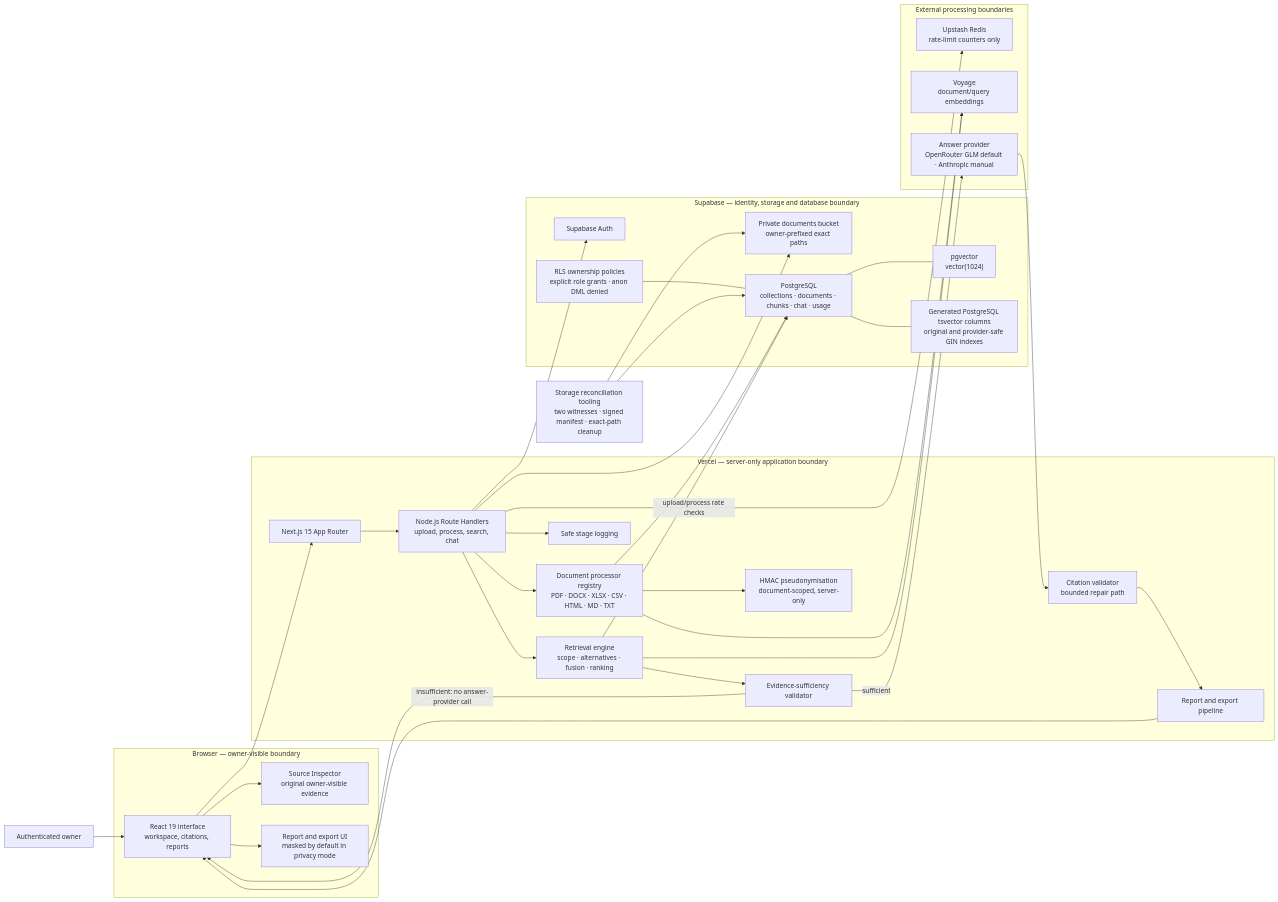
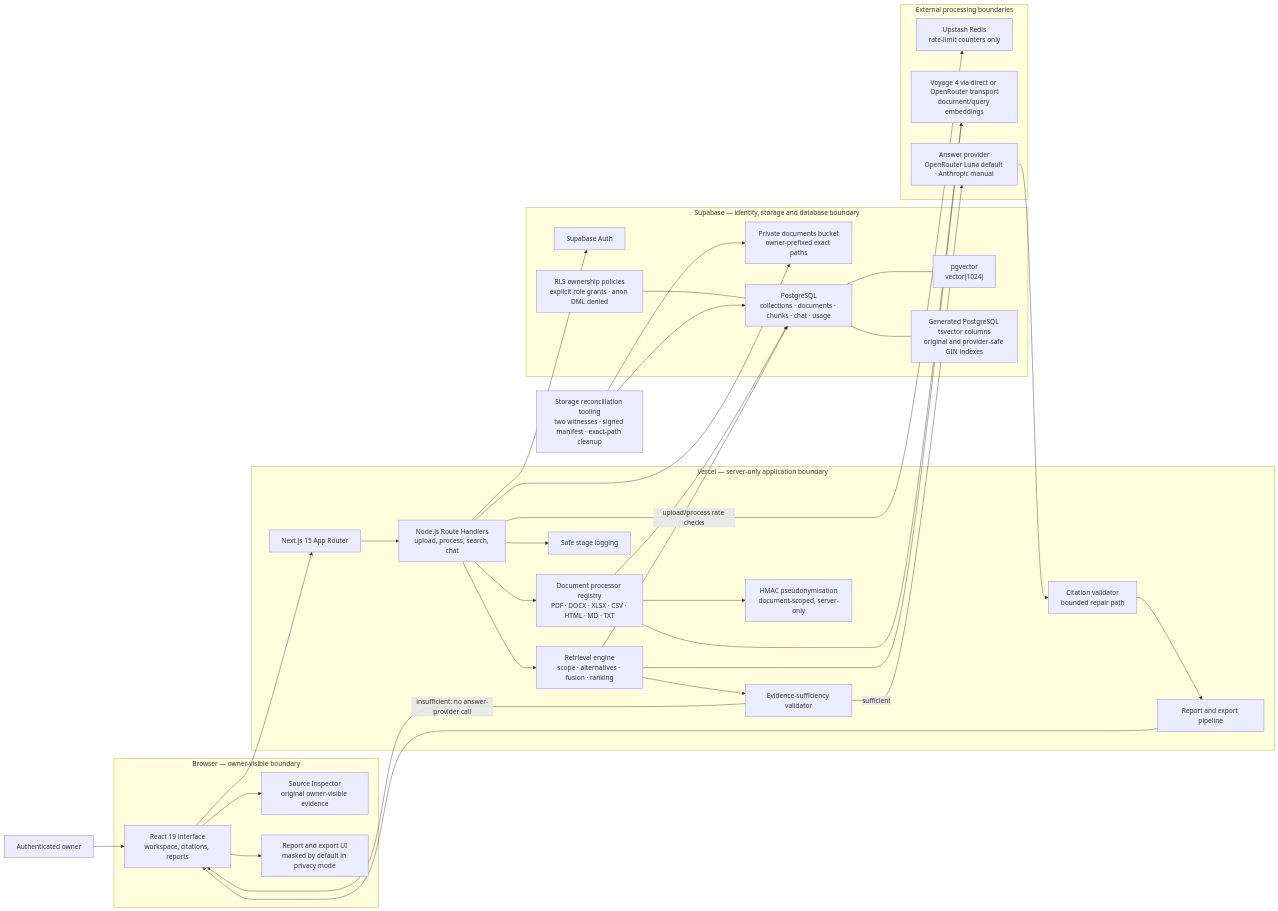
The first of 4 diagrams in docs/architecture.md (Deepak92939339/Pliny), drawn with Mermaid before and after one commit. The commit also changed other lines of this file and 13 other files, not shown here.

Commit message:
feat(runtime): support Luna answers and OpenRouter Voyage embeddings

````diff
--- a/docs/architecture.md
+++ b/docs/architecture.md
@@ -9,63 +9,63 @@
 ```mermaid
 flowchart LR
   Owner["Authenticated owner"]
 
   subgraph Client["Browser — owner-visible boundary"]
     UI["React 19 interface<br/>workspace, citations, reports"]
     Inspector["Source Inspector<br/>original owner-visible evidence"]
     Export["Report and export UI<br/>masked by default in privacy mode"]
   end
 
   subgraph Runtime["Vercel — server-only application boundary"]
     Next["Next.js 15 App Router"]
     Routes["Node.js Route Handlers<br/>upload, process, search, chat"]
     Processors["Document processor registry<br/>PDF · DOCX · XLSX · CSV · HTML · MD · TXT"]
     Retrieval["Retrieval engine<br/>scope · alternatives · fusion · ranking"]
     Evidence["Evidence-sufficiency validator"]
     Citations["Citation validator<br/>bounded repair path"]
     Reports["Report and export pipeline"]
     Pseudonyms["HMAC pseudonymisation<br/>document-scoped, server-only"]
     SafeLogs["Safe stage logging"]
   end
 
   subgraph Supabase["Supabase — identity, storage and database boundary"]
     Auth["Supabase Auth"]
     Storage["Private documents bucket<br/>owner-prefixed exact paths"]
     DB["PostgreSQL<br/>collections · documents · chunks · chat · usage"]
     Vector["pgvector<br/>vector(1024)"]
     Lexical["Generated PostgreSQL tsvector columns<br/>original and provider-safe GIN indexes"]
     Access["RLS ownership policies<br/>explicit role grants · anon DML denied"]
   end
 
   subgraph External["External processing boundaries"]
     Upstash["Upstash Redis<br/>rate-limit counters only"]
-    Voyage["Voyage<br/>document/query embeddings"]
-    AnswerProvider["Answer provider<br/>OpenRouter GLM default · Anthropic manual"]
+    Voyage["Voyage 4 via direct or OpenRouter transport<br/>document/query embeddings"]
+    AnswerProvider["Answer provider<br/>OpenRouter Luna default · Anthropic manual"]
   end
 
   Reconcile["Storage reconciliation tooling<br/>two witnesses · signed manifest · exact-path cleanup"]
 
   Owner --> UI
   UI --> Next --> Routes
   Routes --> Auth
   Routes --> Storage
   Routes --> Processors
   Processors --> Pseudonyms
   Processors --> Voyage
   Processors --> DB
   DB --- Vector
   DB --- Lexical
   Access --- DB
   Retrieval --> DB
   Retrieval --> Voyage
   Routes --> Retrieval --> Evidence
   Evidence -->|"sufficient"| AnswerProvider
   Evidence -->|"insufficient: no answer-provider call"| UI
   AnswerProvider --> Citations --> Reports --> UI
   UI --> Inspector
   UI --> Export
   Routes -->|"upload/process rate checks"| Upstash
   Routes --> SafeLogs
   Reconcile --> Storage
   Reconcile --> DB
 ```
````
